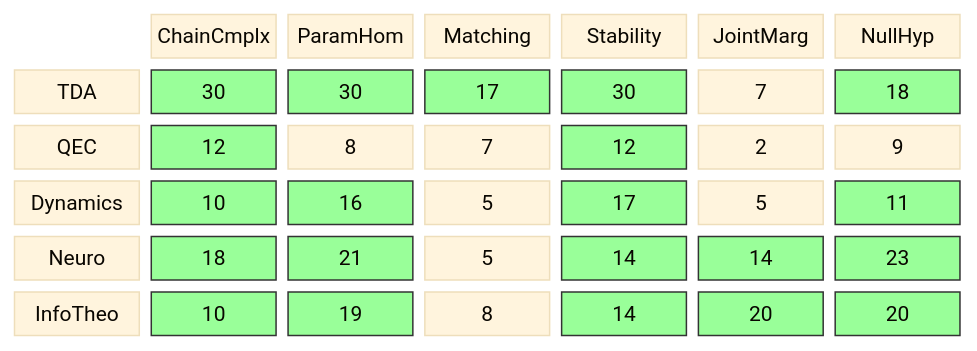
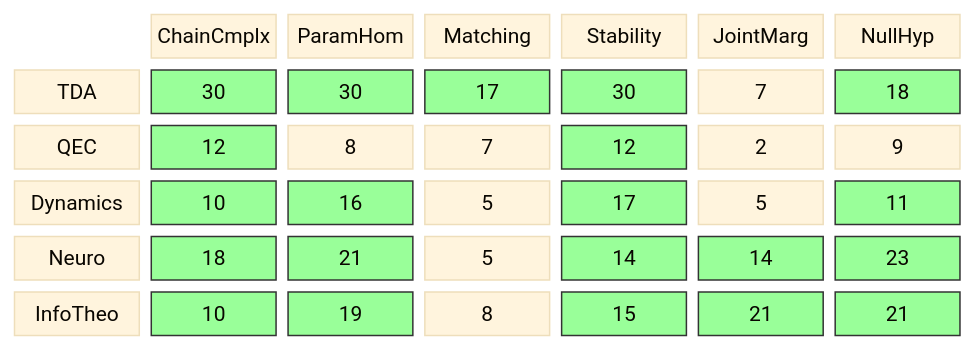
One commit to musicofhel/topoyolo changed the diagram in diagrams/coverage-matrix.md. Above: the diagram before and after it, drawn with Mermaid. The commit also changed other lines of this file and 8 other files, not shown here.

````diff
--- a/diagrams/coverage-matrix.md
+++ b/diagrams/coverage-matrix.md
@@ -21,34 +21,34 @@
 ```mermaid
 %%{init: {'theme': 'base', 'themeVariables': {'fontSize': '14px'}}}%%
 block-beta
   columns 7
 
   space:1 CC["ChainCmplx"] PH["ParamHom"] MA["Matching"] ST["Stability"] JM["JointMarg"] NH["NullHyp"]
 
   TDA["TDA"] TDA_CC["30"] TDA_PH["30"] TDA_MA["17"] TDA_ST["30"] TDA_JM["7"] TDA_NH["18"]
   QEC["QEC"] QEC_CC["12"] QEC_PH["8"] QEC_MA["7"] QEC_ST["12"] QEC_JM["2"] QEC_NH["9"]
   DYN["Dynamics"] DYN_CC["10"] DYN_PH["16"] DYN_MA["5"] DYN_ST["17"] DYN_JM["5"] DYN_NH["11"]
   NEU["Neuro"] NEU_CC["18"] NEU_PH["21"] NEU_MA["5"] NEU_ST["14"] NEU_JM["14"] NEU_NH["23"]
-  IT["InfoTheo"] IT_CC["10"] IT_PH["19"] IT_MA["8"] IT_ST["14"] IT_JM["20"] IT_NH["20"]
+  IT["InfoTheo"] IT_CC["10"] IT_PH["19"] IT_MA["8"] IT_ST["15"] IT_JM["21"] IT_NH["21"]
   style TDA_CC fill:#9f9,stroke:#333
   style TDA_PH fill:#9f9,stroke:#333
   style TDA_MA fill:#9f9,stroke:#333
   style TDA_ST fill:#9f9,stroke:#333
   style TDA_NH fill:#9f9,stroke:#333
   style QEC_CC fill:#9f9,stroke:#333
   style QEC_ST fill:#9f9,stroke:#333
   style DYN_CC fill:#9f9,stroke:#333
   style DYN_PH fill:#9f9,stroke:#333
   style DYN_ST fill:#9f9,stroke:#333
   style DYN_NH fill:#9f9,stroke:#333
   style NEU_CC fill:#9f9,stroke:#333
   style NEU_PH fill:#9f9,stroke:#333
   style NEU_ST fill:#9f9,stroke:#333
   style NEU_JM fill:#9f9,stroke:#333
   style NEU_NH fill:#9f9,stroke:#333
   style IT_CC fill:#9f9,stroke:#333
   style IT_PH fill:#9f9,stroke:#333
   style IT_ST fill:#9f9,stroke:#333
   style IT_JM fill:#9f9,stroke:#333
   style IT_NH fill:#9f9,stroke:#333
 ```
````
